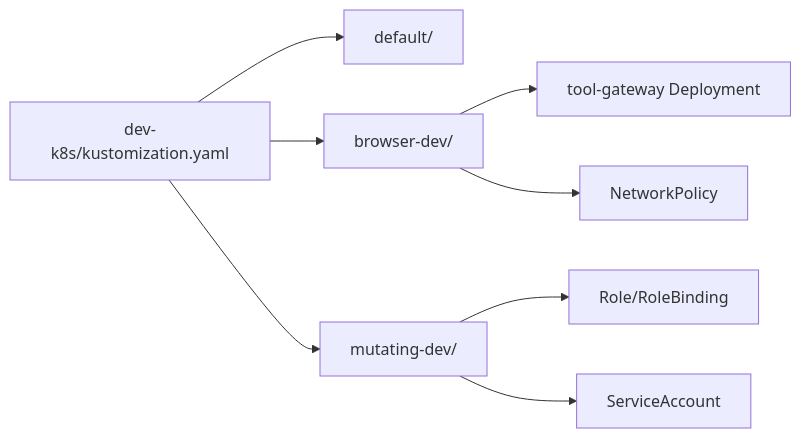
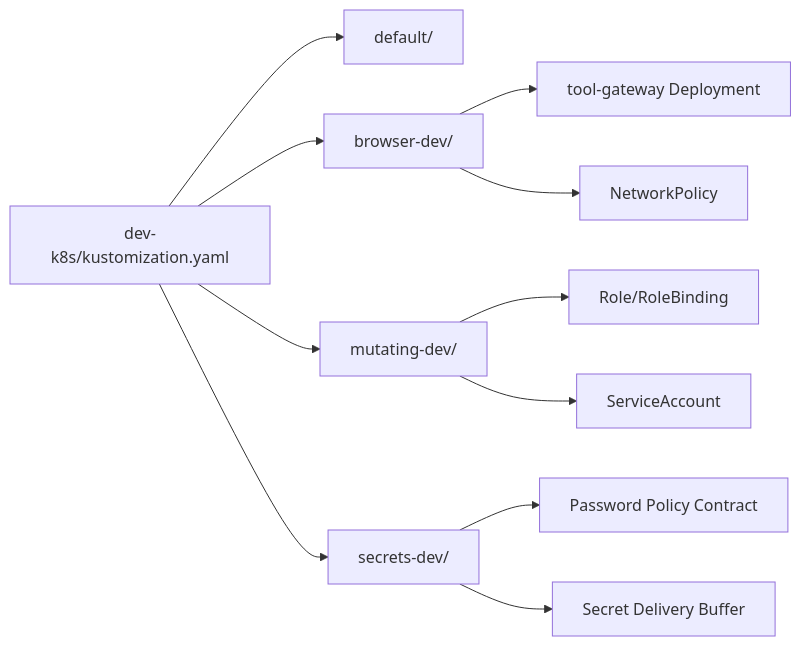
One commit to metasync/luban-aiops changed the seventh of 7 diagrams in .qoder/repowiki/en/content/Deployment and Operations/Kubernetes Deployment/Runtime Profiles.md. Above: the diagram before and after it, drawn with Mermaid. The commit also changed other lines of this file and 56 other files, not shown here.

First line of the commit message:
docs: refresh repowiki knowledge cache (SPEC-062 secret delivery, v0.42.0)

````diff
--- a/.qoder/repowiki/en/content/Deployment and Operations/Kubernetes Deployment/Runtime Profiles.md
+++ b/.qoder/repowiki/en/content/Deployment and Operations/Kubernetes Deployment/Runtime Profiles.md
@@ -298,18 +368,24 @@
 ```mermaid
 graph LR
 DevK8s["dev-k8s/kustomization.yaml"]
 Def["default/"]
 Br["browser-dev/"]
 Mut["mutating-dev/"]
+Sec["secrets-dev/"]
 TG["tool-gateway Deployment"]
 NP["NetworkPolicy"]
 RB["Role/RoleBinding"]
 SA["ServiceAccount"]
+PP["Password Policy Contract"]
+DB["Secret Delivery Buffer"]
 DevK8s --> Def
 DevK8s --> Br
 DevK8s --> Mut
+DevK8s --> Sec
 Br --> TG
 Br --> NP
 Mut --> RB
 Mut --> SA
+Sec --> PP
+Sec --> DB
 ```
````
